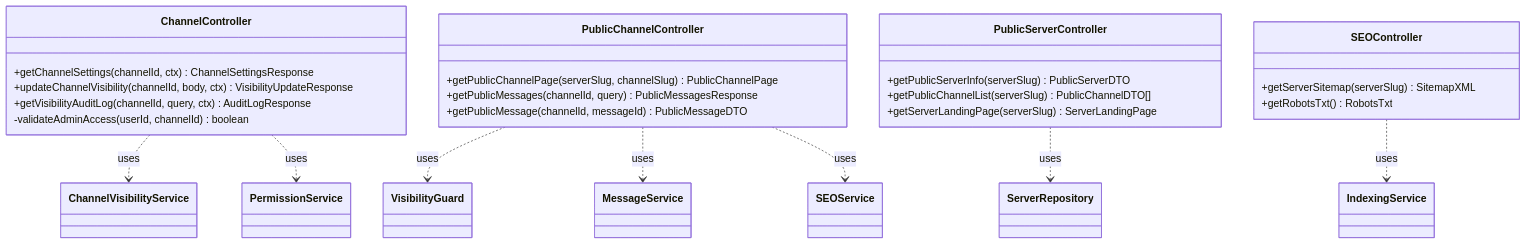
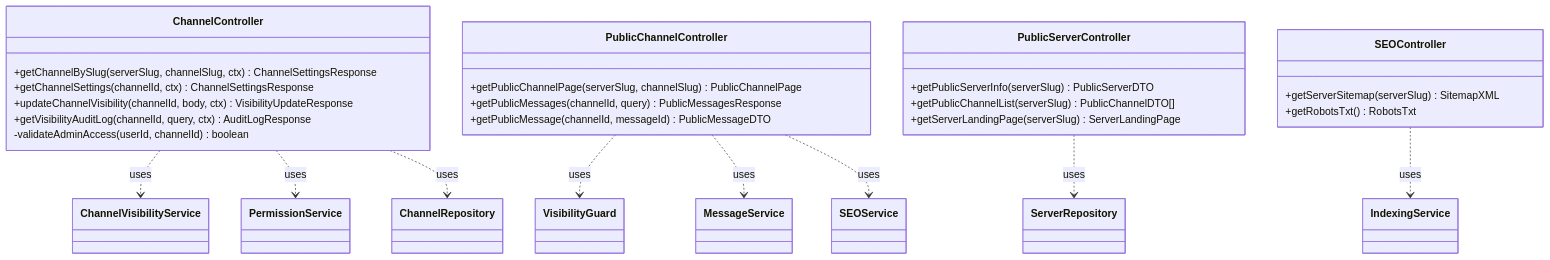
The sixth of 24 diagrams in docs/unified-backend-architecture.md (CS485-Harmony/Harmony), drawn with Mermaid before and after one commit. The commit also changed other lines of this file, not shown here.

Commit message:
fix: complete slug→UUID fix — add getChannelBySlug to ChannelController
- Add +getChannelBySlug(serverSlug, channelSlug, ctx) to ChannelController
  class diagram (§3.4) — handles the channel.getBySlug tRPC procedure
- Add ChannelController ..> ChannelRepository dependency in §3.4 diagram
- Update §4 list-of-classes to include getChannelBySlug in CL-C-B1.1

Without this the procedure table had a handler with no controller method.

````diff
--- a/docs/unified-backend-architecture.md
+++ b/docs/unified-backend-architecture.md
@@ -455,42 +455,45 @@
 ```mermaid
 classDiagram
     class ChannelController {
+        +getChannelBySlug(serverSlug, channelSlug, ctx) ChannelSettingsResponse
         +getChannelSettings(channelId, ctx) ChannelSettingsResponse
         +updateChannelVisibility(channelId, body, ctx) VisibilityUpdateResponse
         +getVisibilityAuditLog(channelId, query, ctx) AuditLogResponse
         -validateAdminAccess(userId, channelId) boolean
     }
 
     class PublicChannelController {
         +getPublicChannelPage(serverSlug, channelSlug) PublicChannelPage
         +getPublicMessages(channelId, query) PublicMessagesResponse
         +getPublicMessage(channelId, messageId) PublicMessageDTO
     }
 
     class PublicServerController {
         +getPublicServerInfo(serverSlug) PublicServerDTO
         +getPublicChannelList(serverSlug) PublicChannelDTO[]
         +getServerLandingPage(serverSlug) ServerLandingPage
     }
 
     class SEOController {
         +getServerSitemap(serverSlug) SitemapXML
         +getRobotsTxt() RobotsTxt
     }
 
     ChannelController ..> ChannelVisibilityService : uses
     ChannelController ..> PermissionService : uses
+    ChannelController ..> ChannelRepository : uses
     PublicChannelController ..> VisibilityGuard : uses
     PublicChannelController ..> MessageService : uses
     PublicChannelController ..> SEOService : uses
     PublicServerController ..> ServerRepository : uses
     SEOController ..> IndexingService : uses
 
     class ChannelVisibilityService { }
     class PermissionService { }
     class VisibilityGuard { }
     class MessageService { }
     class SEOService { }
     class ServerRepository { }
+    class ChannelRepository { }
     class IndexingService { }
 ```
````
